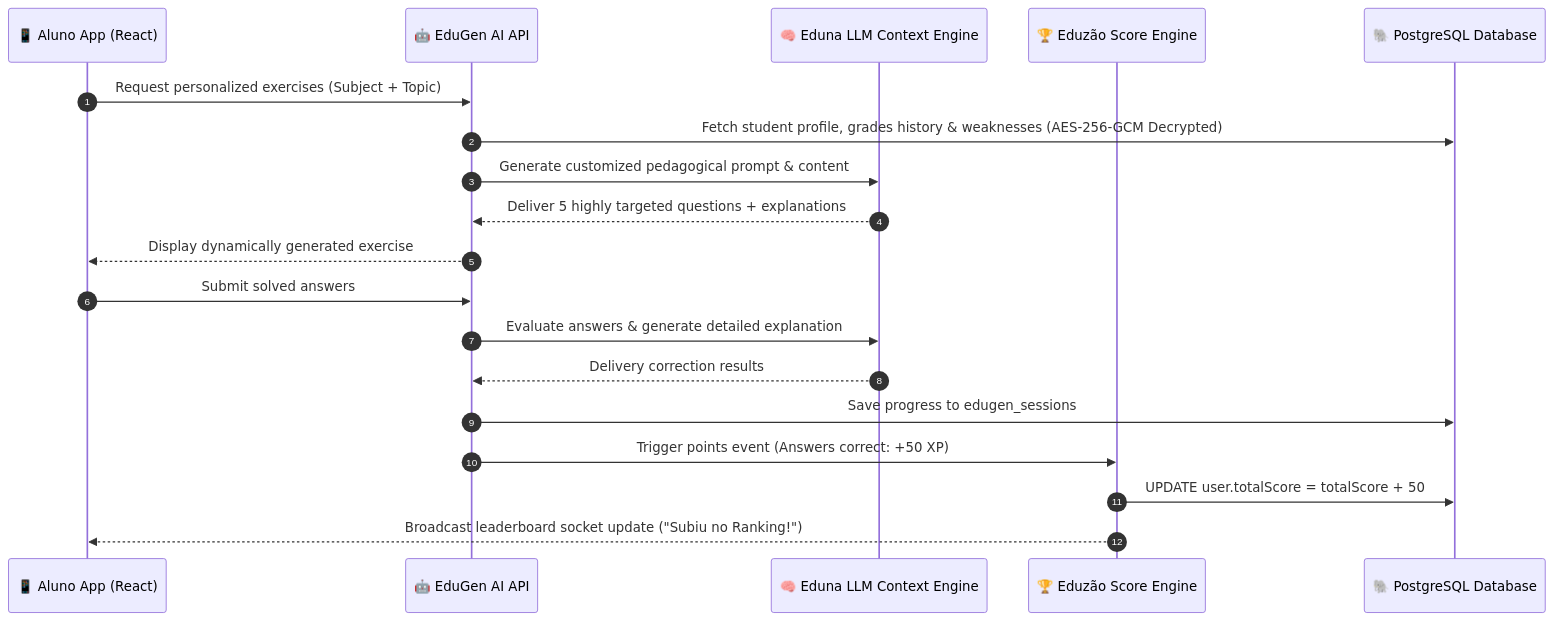
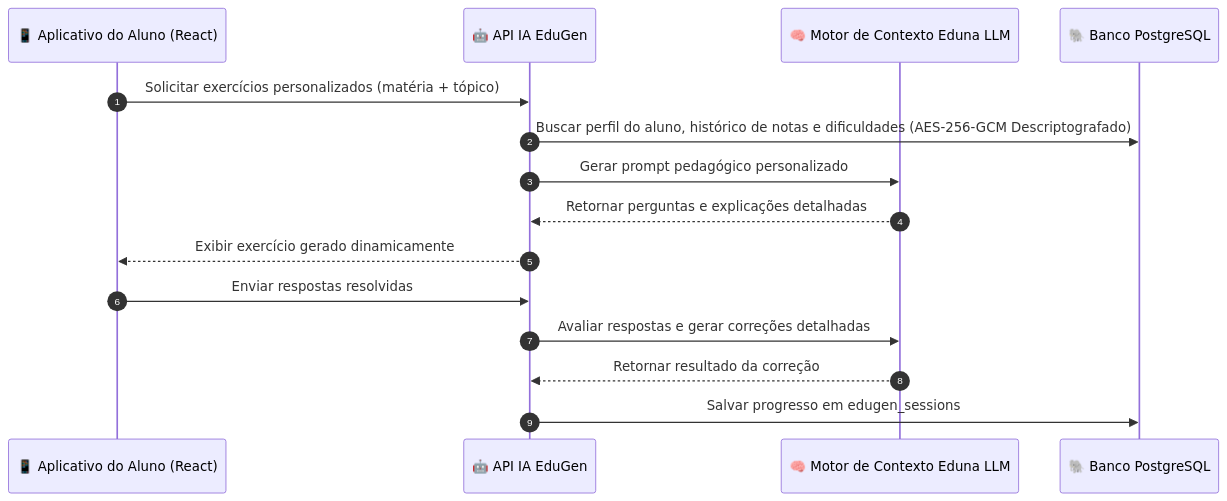
The sixth of 6 diagrams in README.md (EduTok/map), drawn with Mermaid before and after one commit. The commit also changed other lines of this file, not shown here.

````diff
--- a/README.md
+++ b/README.md
@@ -268,25 +281,19 @@
 ```mermaid
 sequenceDiagram
     autonumber
-    participant Aluno as 📱 Aluno App (React)
-    participant Tutor as 🤖 EduGen AI API
-    participant AI as 🧠 Eduna LLM Context Engine
-    participant Score as 🏆 Eduzão Score Engine
-    participant DB as 🐘 PostgreSQL Database
+    participant Aluno as 📱 Aplicativo do Aluno (React)
+    participant Tutor as 🤖 API IA EduGen
+    participant AI as 🧠 Motor de Contexto Eduna LLM
+    participant DB as 🐘 Banco PostgreSQL
 
-    Aluno->>Tutor: Request personalized exercises (Subject + Topic)
-    Tutor->>DB: Fetch student profile, grades history & weaknesses (AES-256-GCM Decrypted)
-    Tutor->>AI: Generate customized pedagogical prompt & content
-    AI-->>Tutor: Deliver 5 highly targeted questions + explanations
-    Tutor-->>Aluno: Display dynamically generated exercise
-    
-    Aluno->>Tutor: Submit solved answers
-    Tutor->>AI: Evaluate answers & generate detailed explanation
-    AI-->>Tutor: Delivery correction results
-    Tutor->>DB: Save progress to edugen_sessions
-    
-    %% Leaderboard update
-    Tutor->>Score: Trigger points event (Answers correct: +50 XP)
-    Score->>DB: UPDATE user.totalScore = totalScore + 50
-    Score-->>Aluno: Broadcast leaderboard socket update ("Subiu no Ranking!")
+    Aluno->>Tutor: Solicitar exercícios personalizados (matéria + tópico)
+    Tutor->>DB: Buscar perfil do aluno, histórico de notas e dificuldades (AES-256-GCM Descriptografado)
+    Tutor->>AI: Gerar prompt pedagógico personalizado
+    AI-->>Tutor: Retornar perguntas e explicações detalhadas
+    Tutor-->>Aluno: Exibir exercício gerado dinamicamente
+
+    Aluno->>Tutor: Enviar respostas resolvidas
+    Tutor->>AI: Avaliar respostas e gerar correções detalhadas
+    AI-->>Tutor: Retornar resultado da correção
+    Tutor->>DB: Salvar progresso em edugen_sessions
 ```
````
